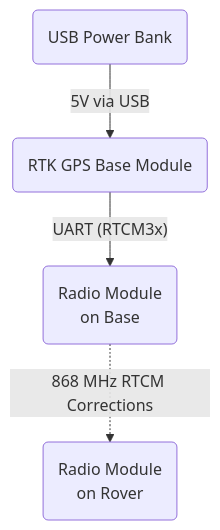
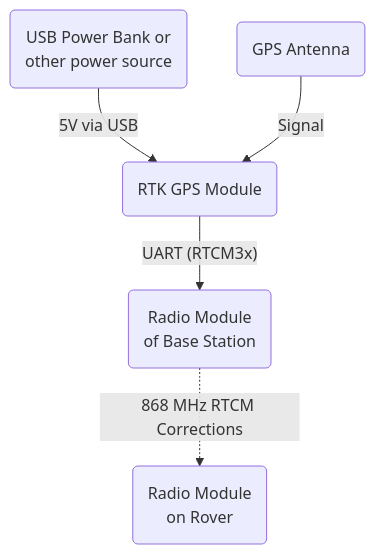
The diagram in base/README.md (vBJohannes/RoadMarkerBot), drawn with Mermaid before and after one commit. The commit also changed other lines of this file and 10 other files, not shown here.

````diff
--- a/base/README.md
+++ b/base/README.md
@@ -5,11 +5,12 @@
 ```mermaid
 graph TD
     %% Power Source
-    PB(USB Power Bank) -- "5V via USB" --> BASE_GPS(RTK GPS Base Module)
+    PB(USB Power Bank or<br>other power source) -- "5V via USB" --> BASE_GPS(RTK GPS Module)
 
     %% Internal Connection
-    BASE_GPS -- "UART (RTCM3x)" --> RADIO(Radio Module<br>on Base)
+    BASE_GPS -- "UART (RTCM3x)" --> RADIO(Radio Module<br>of Base Station)
+    ANT(GPS Antenna) -- "Signal" --> BASE_GPS
 
     %% Wireless Output
     RADIO -. "868 MHz RTCM Corrections" .-> ROVER(Radio Module<br>on Rover)
 ```
````
